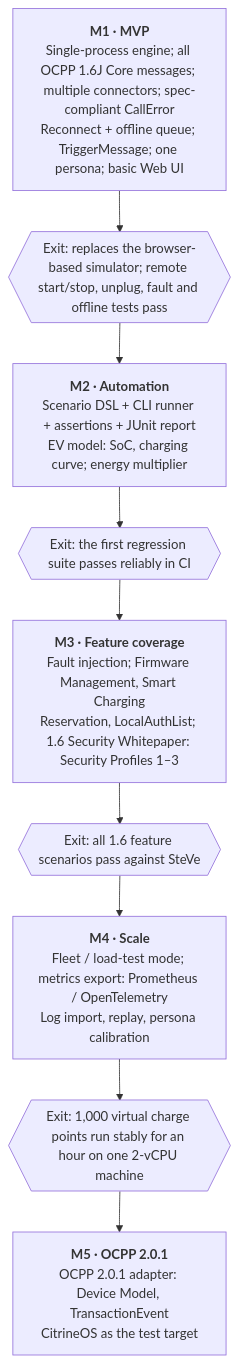
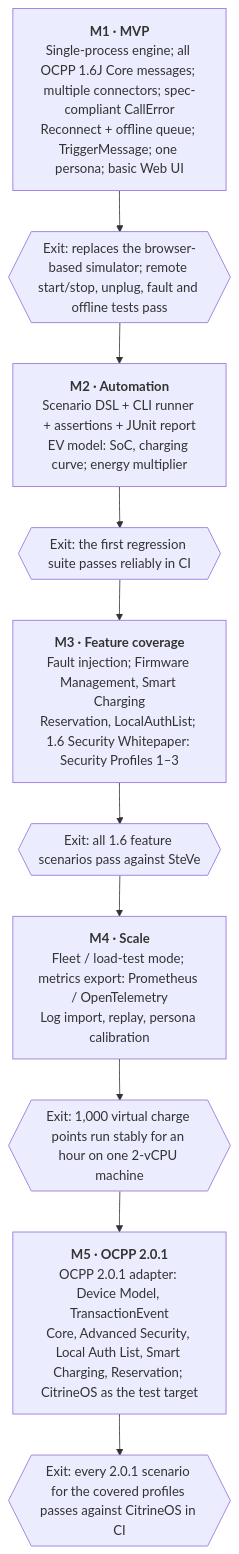
One commit to JasonKong/ocpp-mimic changed the second of 2 diagrams in docs/design.md. Above: the diagram before and after it, drawn with Mermaid. The commit also changed other lines of this file and 3 other files, not shown here.

````diff
--- a/docs/design.md
+++ b/docs/design.md
@@ -924,13 +1134,14 @@
 ```mermaid
 flowchart TB
   M1["<b>M1 · MVP</b><br/>Single-process engine; all OCPP 1.6J Core messages; multiple connectors; spec-compliant CallError<br/>Reconnect + offline queue; TriggerMessage; one persona; basic Web UI"]
   G1{{"Exit: replaces the browser-based simulator; remote start/stop, unplug, fault and offline tests pass"}}
   M2["<b>M2 · Automation</b><br/>Scenario DSL + CLI runner + assertions + JUnit report<br/>EV model: SoC, charging curve; energy multiplier"]
   G2{{"Exit: the first regression suite passes reliably in CI"}}
   M3["<b>M3 · Feature coverage</b><br/>Fault injection; Firmware Management, Smart Charging<br/>Reservation, LocalAuthList; 1.6 Security Whitepaper: Security Profiles 1–3"]
   G3{{"Exit: all 1.6 feature scenarios pass against SteVe"}}
   M4["<b>M4 · Scale</b><br/>Fleet / load-test mode; metrics export: Prometheus / OpenTelemetry<br/>Log import, replay, persona calibration"]
   G4{{"Exit: 1,000 virtual charge points run stably for an hour on one 2-vCPU machine"}}
-  M5["<b>M5 · OCPP 2.0.1</b><br/>OCPP 2.0.1 adapter: Device Model, TransactionEvent<br/>CitrineOS as the test target"]
-  M1 --> G1 --> M2 --> G2 --> M3 --> G3 --> M4 --> G4 --> M5
+  M5["<b>M5 · OCPP 2.0.1</b><br/>OCPP 2.0.1 adapter: Device Model, TransactionEvent<br/>Core, Advanced Security, Local Auth List, Smart Charging, Reservation; CitrineOS as the test target"]
+  G5{{"Exit: every 2.0.1 scenario for the covered profiles passes against CitrineOS in CI"}}
+  M1 --> G1 --> M2 --> G2 --> M3 --> G3 --> M4 --> G4 --> M5 --> G5
 ```
````
